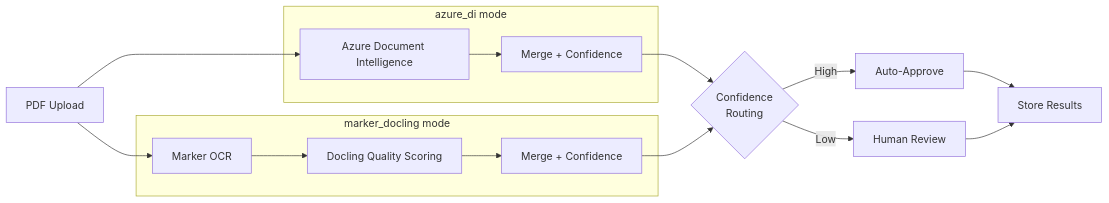
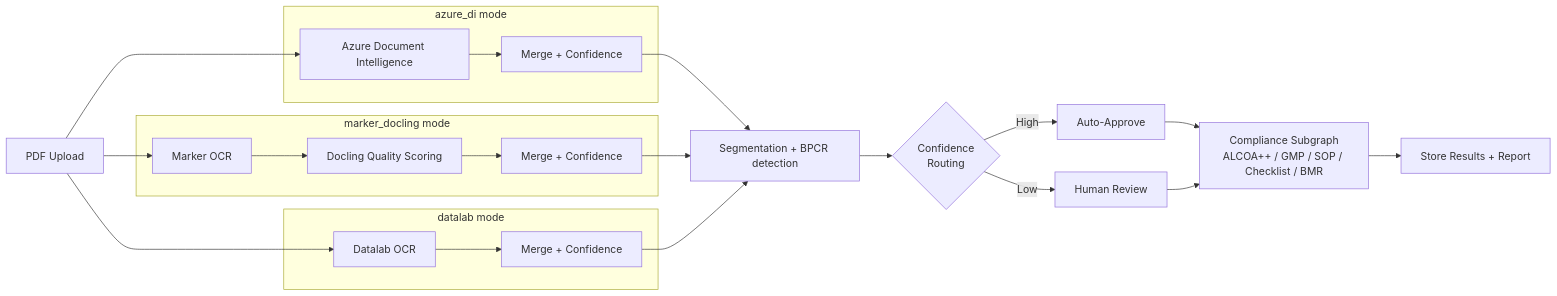
Before and after one commit to auropro-hyd/Docs-digitization: the second of 2 diagrams in README.md, drawn with Mermaid. The commit also changed other lines of this file and 8 other files, not shown here.

First line of the commit message:
docs(readme+wiki): align with current state — BMR brand, GitHub Actions, segmentation (#93)

````diff
--- a/README.md
+++ b/README.md
@@ -65,20 +73,27 @@
 ```mermaid
 graph LR
     PDF[PDF Upload]
 
     subgraph azure_di mode
         DI[Azure Document Intelligence] --> M1[Merge + Confidence]
     end
 
     subgraph marker_docling mode
         MK[Marker OCR] --> DL[Docling Quality Scoring] --> M2[Merge + Confidence]
     end
 
-    M1 & M2 --> CR{Confidence<br/>Routing}
+    subgraph datalab mode
+        DLB[Datalab OCR] --> M3[Merge + Confidence]
+    end
+
+    M1 & M2 & M3 --> SEG[Segmentation + BPCR detection]
+    SEG --> CR{Confidence<br/>Routing}
     CR -->|High| AA[Auto-Approve]
     CR -->|Low| HR[Human Review]
-    AA & HR --> ST[Store Results]
+    AA & HR --> CMP[Compliance Subgraph<br/>ALCOA++ / GMP / SOP / Checklist / BMR]
+    CMP --> ST[Store Results + Report]
 
     PDF --> DI
     PDF --> MK
+    PDF --> DLB
 ```
````
